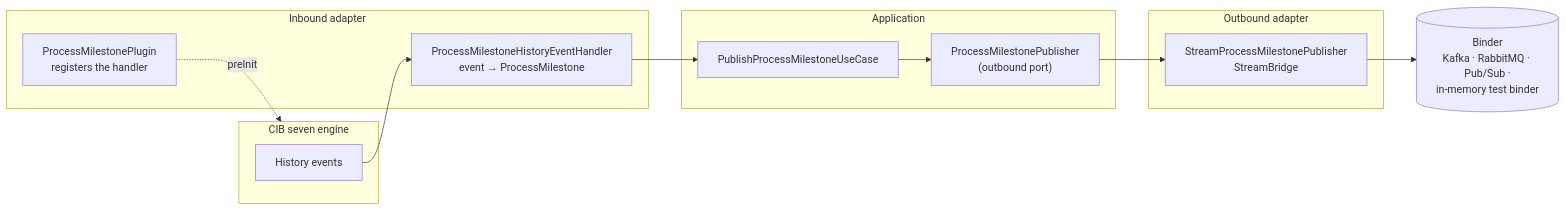
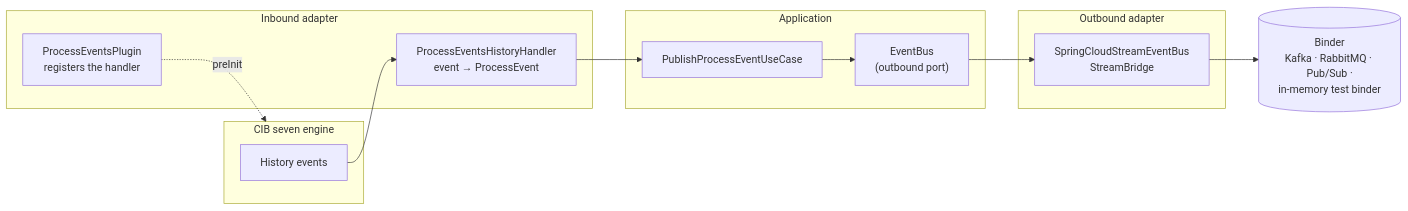
Before and after one commit to Miragon/process-engine-recipes: the first of 2 diagrams in recipes/cibseven/engine-plugin-history-events/README.md, drawn with Mermaid. The commit also changed other lines of this file and 26 other files, not shown here.

Commit message:
refactor(cibseven-engine-plugin-history-events): name the pieces after process events and the event bus

````diff
--- a/recipes/cibseven/engine-plugin-history-events/README.md
+++ b/recipes/cibseven/engine-plugin-history-events/README.md
@@ -43,21 +43,21 @@
 ```mermaid
 flowchart LR
     subgraph engine["CIB seven engine"]
         hist["History events"]
     end
     subgraph inbound["Inbound adapter"]
-        plugin["ProcessMilestonePlugin<br/>registers the handler"]
-        handler["ProcessMilestoneHistoryEventHandler<br/>event → ProcessMilestone"]
+        plugin["ProcessEventsPlugin<br/>registers the handler"]
+        handler["ProcessEventsHistoryHandler<br/>event → ProcessEvent"]
     end
     subgraph app["Application"]
-        usecase["PublishProcessMilestoneUseCase"]
-        port["ProcessMilestonePublisher<br/>(outbound port)"]
+        usecase["PublishProcessEventUseCase"]
+        port["EventBus<br/>(outbound port)"]
     end
     subgraph outbound["Outbound adapter"]
-        stream["StreamProcessMilestonePublisher<br/>StreamBridge"]
+        stream["SpringCloudStreamEventBus<br/>StreamBridge"]
     end
     bus[("Binder<br/>Kafka · RabbitMQ · Pub/Sub ·<br/>in-memory test binder")]
 
     plugin -. preInit .-> engine
     hist --> handler --> usecase --> port --> stream --> bus
 ```
````
